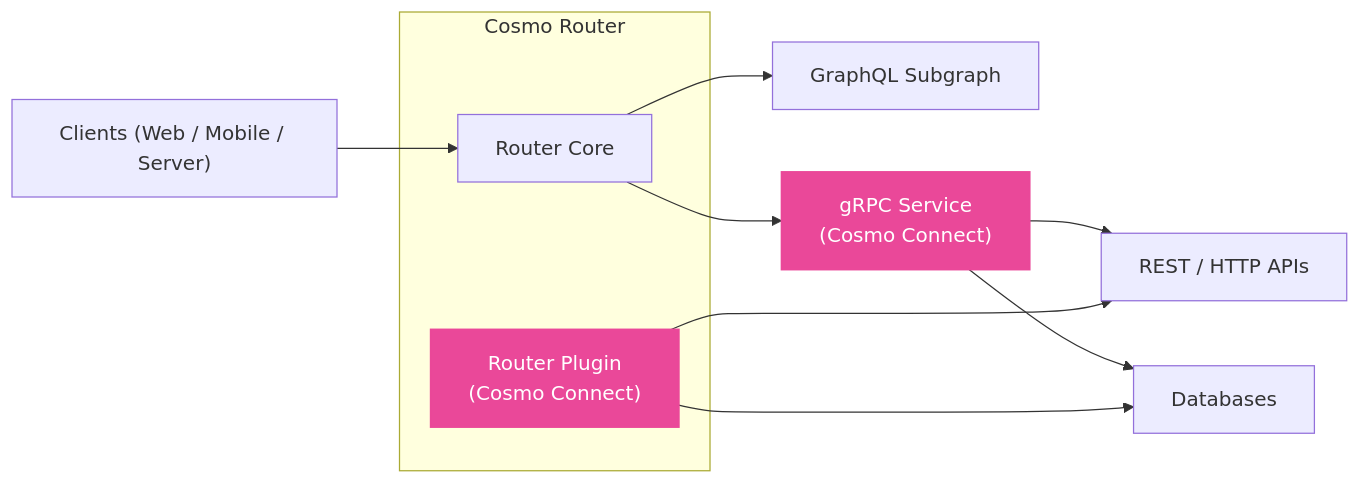
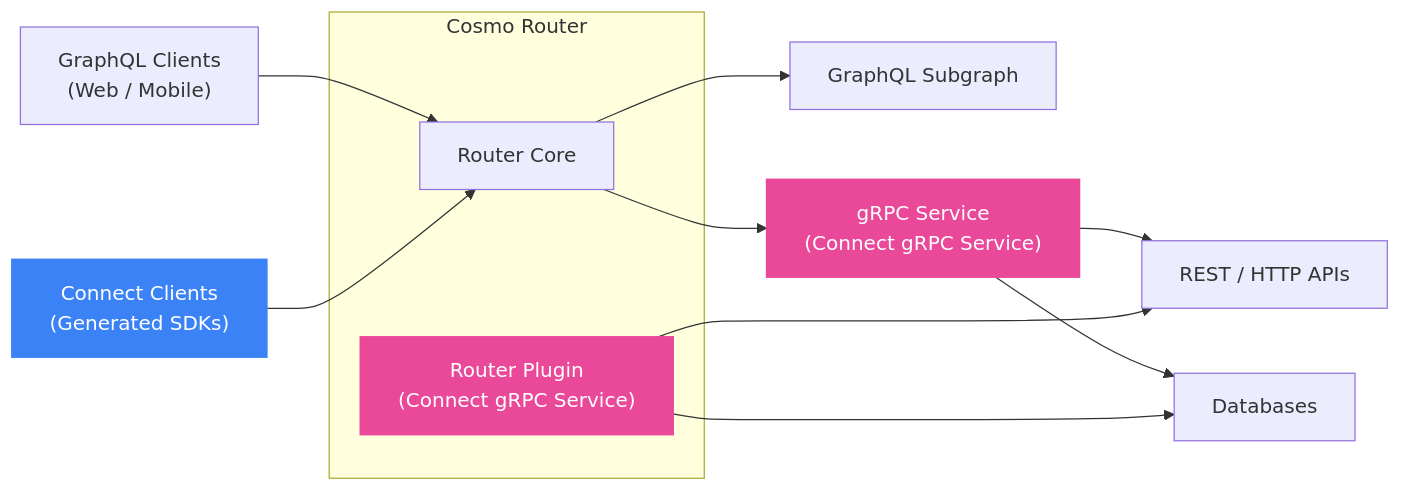
Before and after one commit to wundergraph/cosmo-docs: the diagram in docs/connect/overview.mdx, drawn with Mermaid. The commit also changed other lines of this file and 1 other file, not shown here.

Commit message:
grpc subgraphs

````diff
--- a/docs/connect/overview.mdx
+++ b/docs/connect/overview.mdx
@@ -33,24 +33,28 @@
 ```mermaid
 graph LR
-  client["Clients (Web / Mobile / Server)"] --> routerCore["Router Core"]
+  client["GraphQL Clients<br/>(Web / Mobile)"] --> routerCore["Router Core"]
+  connectClient["Connect Clients<br/>(Generated SDKs)"] --> routerCore
 
   subgraph routerBox["Cosmo Router"]
     routerCore
-    plugin["Router Plugin<br/>(Cosmo Connect)"]
+    plugin["Router Plugin<br/>(Connect gRPC Service)"]
   end
 
   routerCore --> subA["GraphQL Subgraph"]
-  routerCore --> grpcSvc["gRPC Service<br/>(Cosmo Connect)"]
+  routerCore --> grpcSvc["gRPC Service<br/>(Connect gRPC Service)"]
 
   grpcSvc --> restA["REST / HTTP APIs"]
   grpcSvc --> soapA["Databases"]
 
   plugin --> restA
   plugin --> soapA
 
   %% Styling
   classDef grpcFill fill:#ea4899,stroke:#ea4899,stroke-width:1.5px,color:#ffffff;
   classDef pluginFill fill:#ea4899,stroke:#ea4899,stroke-width:1.5px,color:#ffffff;
+  classDef clientFill fill:#3b82f6,stroke:#3b82f6,stroke-width:1.5px,color:#ffffff;
+  
   class grpcSvc grpcFill;
   class plugin pluginFill;
+  class connectClient clientFill;
 ```
````
